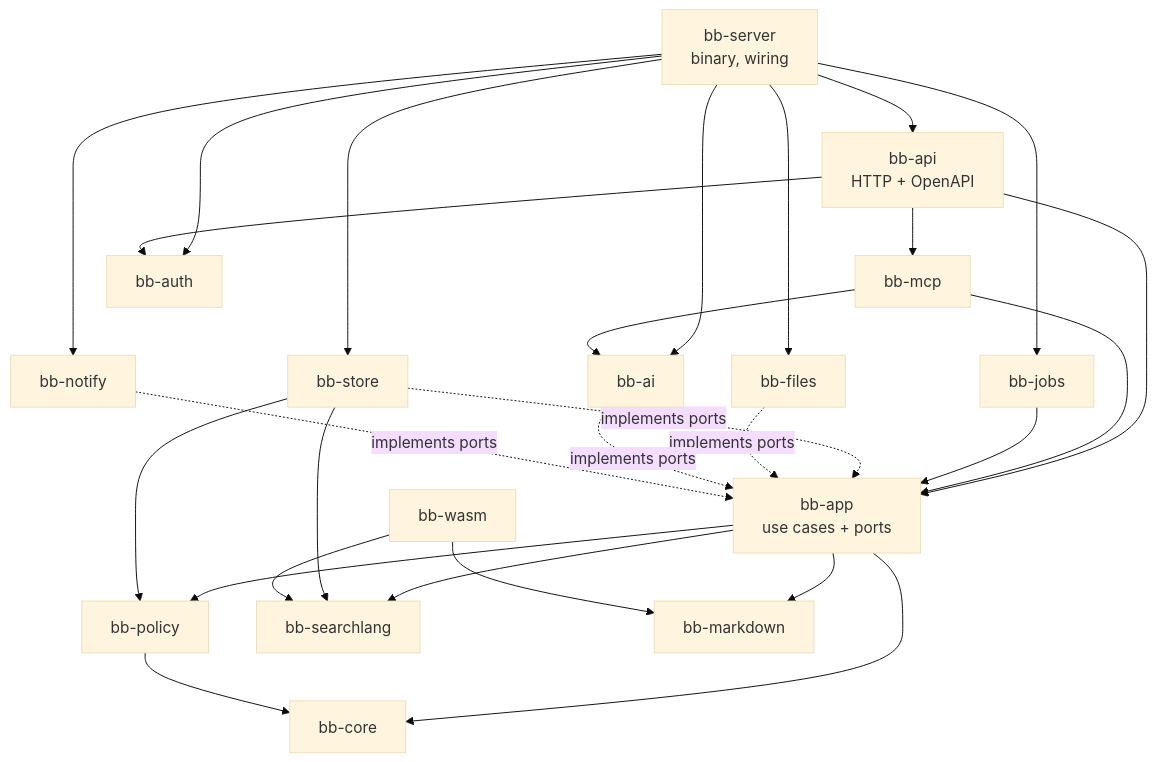
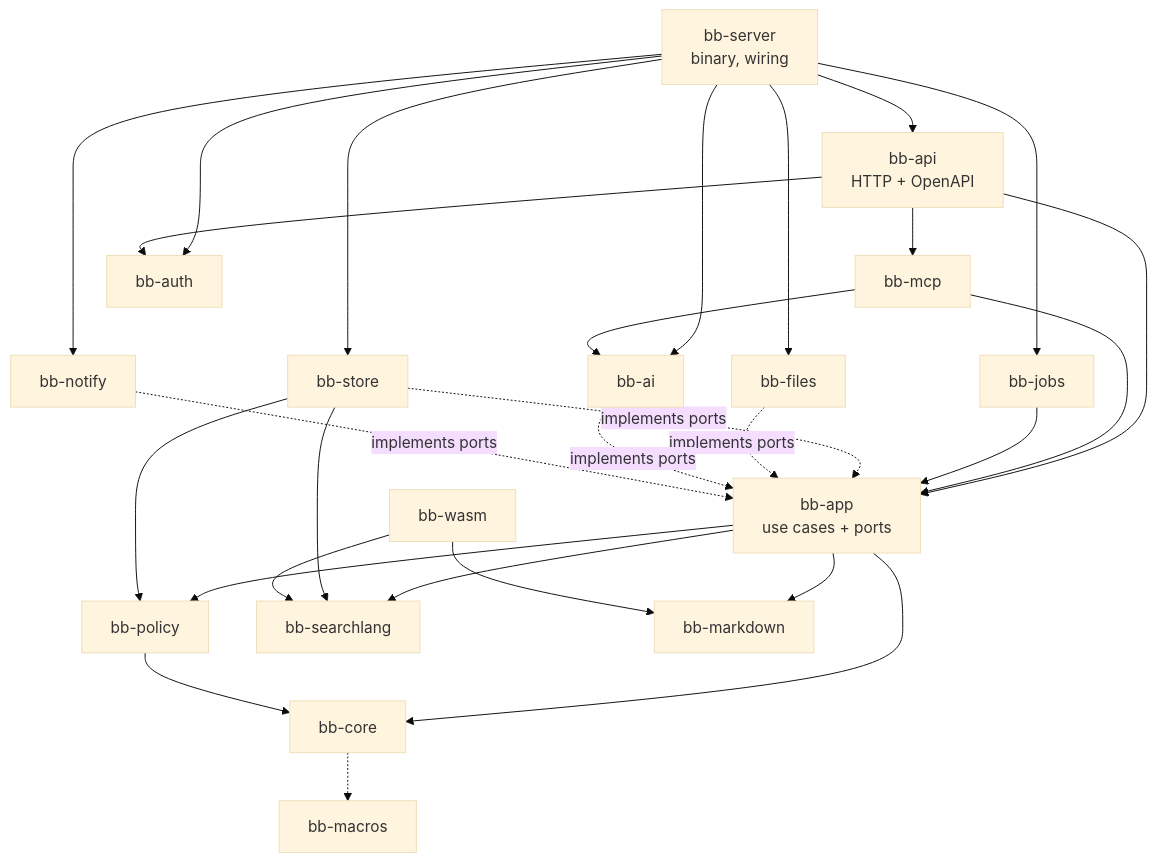
One commit to Nusi42/Bugaboo changed the diagram in docs/architecture/04-building-blocks.md. Above: the diagram before and after it, drawn with Mermaid (base theme). The commit also changed other lines of this file and 3 other files, not shown here.

````diff
--- a/docs/architecture/04-building-blocks.md
+++ b/docs/architecture/04-building-blocks.md
@@ -41,31 +41,33 @@
 ```mermaid
 flowchart TB
   server["bb-server<br/>binary, wiring"]
   api["bb-api<br/>HTTP + OpenAPI"]
   mcp["bb-mcp"]
   app["bb-app<br/>use cases + ports"]
   policy["bb-policy"]
   core["bb-core"]
+  macros["bb-macros"]
   search["bb-searchlang"]
   md["bb-markdown"]
   store["bb-store"]
   files["bb-files"]
   auth["bb-auth"]
   ai["bb-ai"]
   notify["bb-notify"]
   jobs["bb-jobs"]
   wasm["bb-wasm"]
 
   server --> api & jobs & store & files & ai & notify & auth
   api --> app & auth & mcp
   mcp --> app & ai
   jobs --> app
   app --> policy & core & search & md
   policy --> core
+  core -.-> macros
   store -. implements ports .-> app
   files -. implements ports .-> app
   ai -. implements ports .-> app
   notify -. implements ports .-> app
   store --> search & policy
   wasm --> search & md
 ```
````
